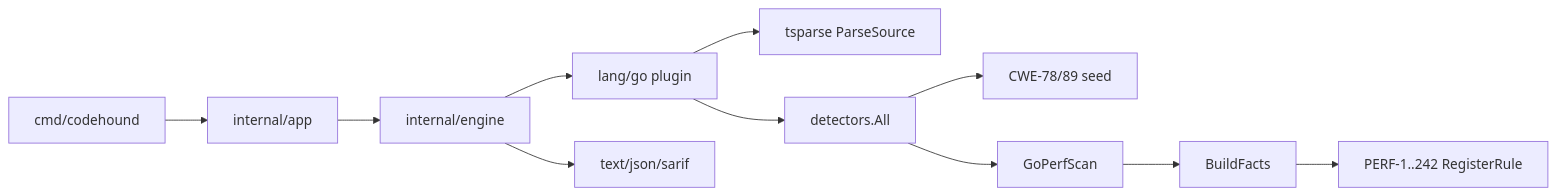
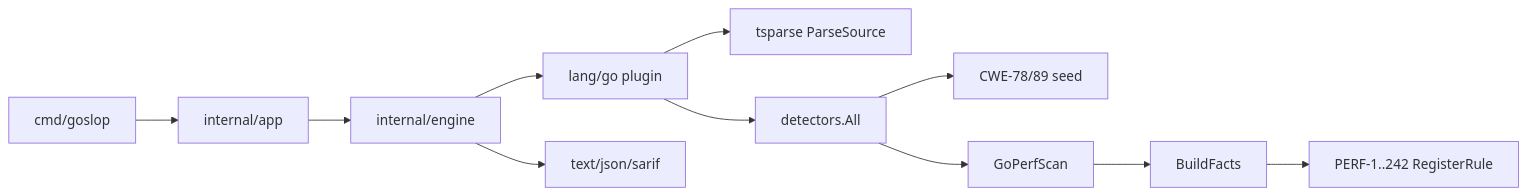
The diagram in plans/PR/v0.0.1/pr-phases-0-6-perf.md (chinmay-sawant/goslop), drawn with Mermaid before and after one commit. The commit also changed other lines of this file and 37 other files, not shown here.

````diff
--- a/plans/PR/v0.0.1/pr-phases-0-6-perf.md
+++ b/plans/PR/v0.0.1/pr-phases-0-6-perf.md
@@ -103,13 +103,13 @@
 ```mermaid
 flowchart LR
-  CLI[cmd/codehound] --> App[internal/app]
+  CLI[cmd/goslop] --> App[internal/app]
   App --> Engine[internal/engine]
   Engine --> Plugin[lang/go plugin]
   Plugin --> Parse[tsparse ParseSource]
   Plugin --> Det[detectors.All]
   Det --> CWE[CWE-78/89 seed]
   Det --> PERF[GoPerfScan]
   PERF --> Facts[BuildFacts]
   Facts --> Rules[PERF-1..242 RegisterRule]
   Engine --> Report[text/json/sarif]
 ```
````
